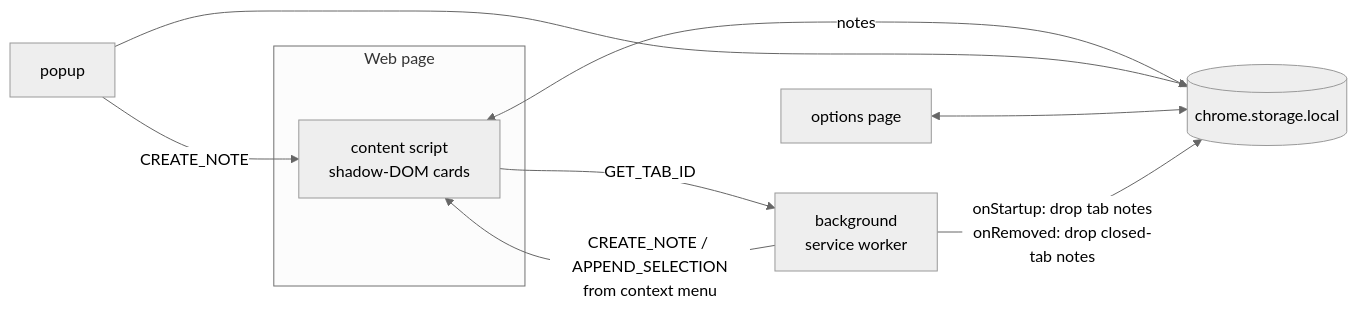
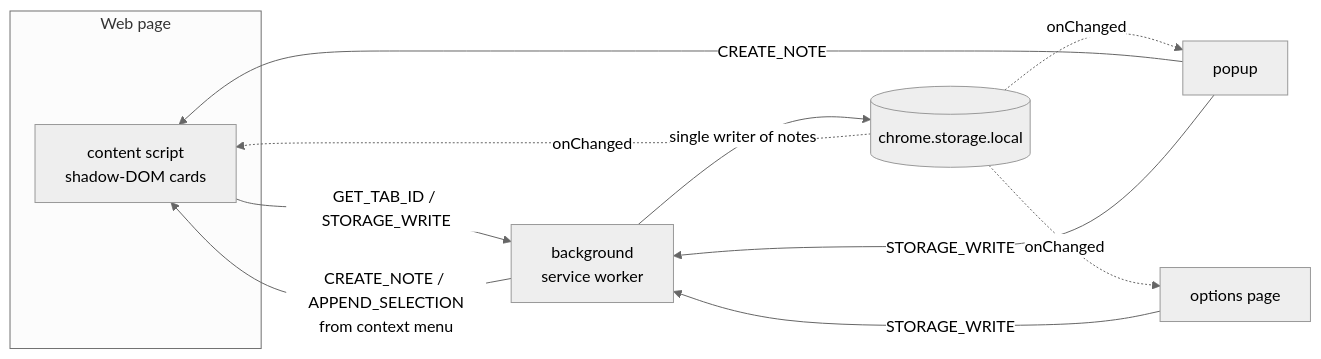
One commit to farukcan/anchored-notes changed the first of 3 diagrams in README.md. Above: the diagram before and after it, drawn with Mermaid (neutral theme). The commit also changed other lines of this file and 9 other files, not shown here.

````diff
--- a/README.md
+++ b/README.md
@@ -35,13 +35,15 @@
 ```mermaid
 flowchart LR
   subgraph page[Web page]
     CS[content script\nshadow-DOM cards]
   end
   POP[popup] -->|CREATE_NOTE| CS
   BG[background\nservice worker] -->|CREATE_NOTE / APPEND_SELECTION\nfrom context menu| CS
-  CS -->|GET_TAB_ID| BG
-  CS <-->|notes| ST[(chrome.storage.local)]
-  POP --> ST
-  OPT[options page] <--> ST
-  BG -->|onStartup: drop tab notes\nonRemoved: drop closed-tab notes| ST
+  CS -->|GET_TAB_ID / STORAGE_WRITE| BG
+  POP -->|STORAGE_WRITE| BG
+  OPT[options page] -->|STORAGE_WRITE| BG
+  BG -->|single writer of notes| ST[(chrome.storage.local)]
+  ST -.->|onChanged| CS
+  ST -.->|onChanged| POP
+  ST -.->|onChanged| OPT
 ```
````
